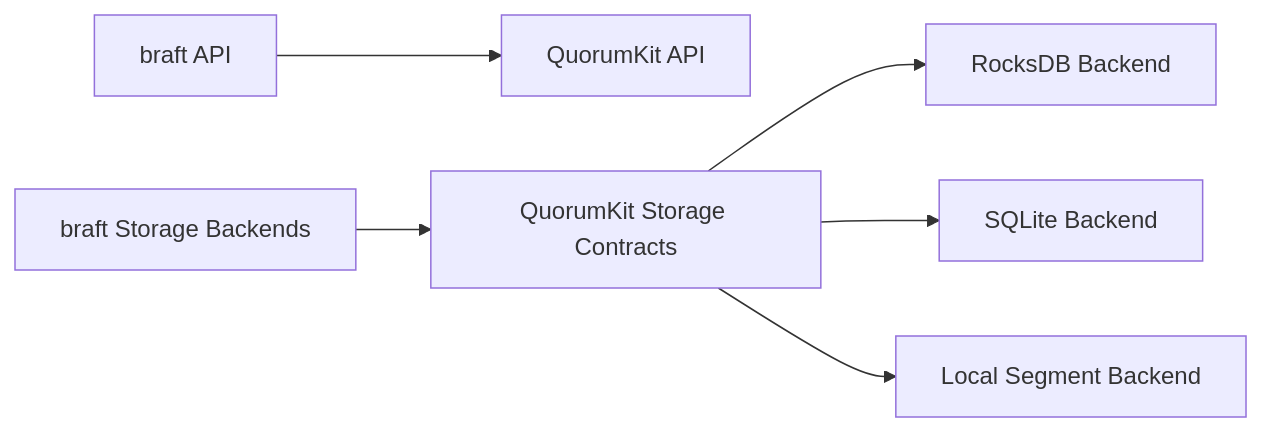
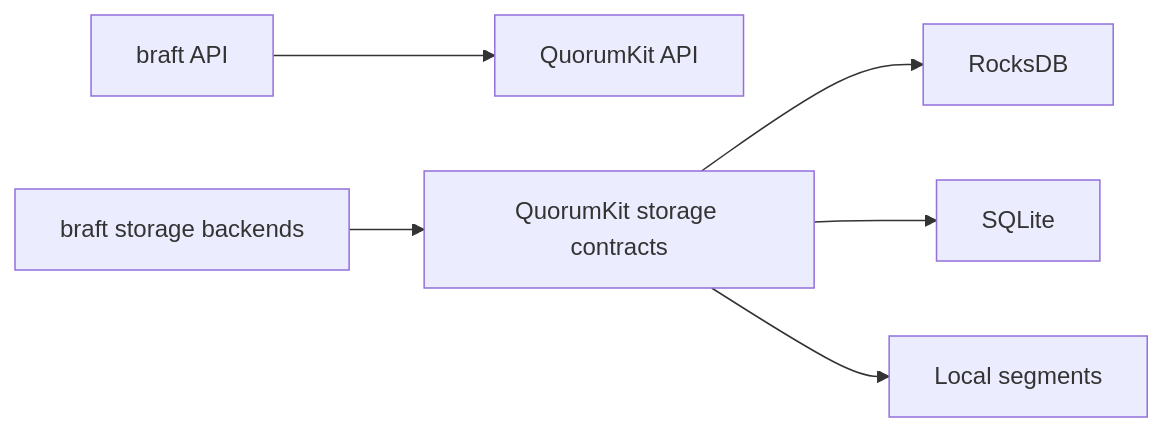
The diagram in docs/explanation/compatibility-and-migration.md (bringhurst/quorumkit), drawn with Mermaid before and after one commit. The commit also changed other lines of this file and 24 other files, not shown here.

````diff
--- a/docs/explanation/compatibility-and-migration.md
+++ b/docs/explanation/compatibility-and-migration.md
@@ -12,8 +14,8 @@
 ```mermaid
 flowchart LR
     LegacyApi[braft API] --> CanonicalApi[QuorumKit API]
-    LegacyStorage[braft Storage Backends] --> CanonicalStorage[QuorumKit Storage Contracts]
-    CanonicalStorage --> Rocks[RocksDB Backend]
-    CanonicalStorage --> Sqlite[SQLite Backend]
-    CanonicalStorage --> Local[Local Segment Backend]
+    LegacyStorage[braft storage backends] --> CanonicalStorage[QuorumKit storage contracts]
+    CanonicalStorage --> Rocks[RocksDB]
+    CanonicalStorage --> Sqlite[SQLite]
+    CanonicalStorage --> Local[Local segments]
 ```
````
